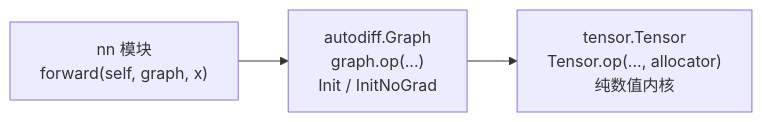
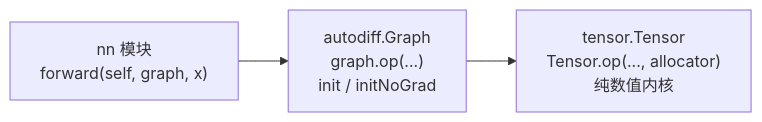
Before and after one commit to chen-gz/znn: the second of 3 diagrams in doc/architecture.md, drawn with Mermaid. The commit also changed other lines of this file and 49 other files, not shown here.

````diff
--- a/doc/architecture.md
+++ b/doc/architecture.md
@@ -106,5 +161,5 @@
 ```mermaid
 flowchart LR
-    NN["nn 模块\nforward(self, graph, x)"] --> Graph["autodiff.Graph\ngraph.op(...)\nInit / InitNoGrad"]
+    NN["nn 模块\nforward(self, graph, x)"] --> Graph["autodiff.Graph\ngraph.op(...)\ninit / initNoGrad"]
     Graph --> Tensor["tensor.Tensor\nTensor.op(..., allocator)\n纯数值内核"]
 ```
````
